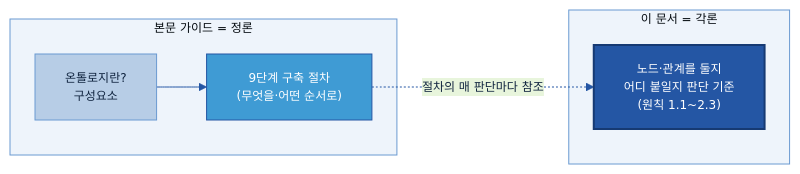
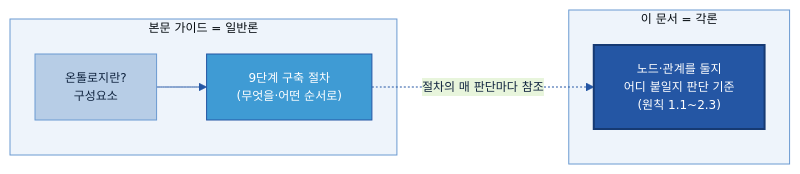
One commit to jin-kearney/ai-ready-data-manual changed the diagram in 가이드 작성/B-3 온톨로지/별첨/B-3 별첨 A — 온톨로지 설계 각론.md. Above: the diagram before and after it, drawn with Mermaid. The commit also changed other lines of this file and 2 other files, not shown here.

````diff
--- a/가이드 작성/B-3 온톨로지/별첨/B-3 별첨 A — 온톨로지 설계 각론.md
+++ b/가이드 작성/B-3 온톨로지/별첨/B-3 별첨 A — 온톨로지 설계 각론.md
@@ -30,16 +30,16 @@
 ```mermaid
 %%{init: {'theme':'base','themeVariables':{'primaryColor':'#DCE8F5','primaryBorderColor':'#2456A4','primaryTextColor':'#10243f','lineColor':'#2456A4','clusterBkg':'#EEF4FB','clusterBorder':'#6B9AD1','fontSize':'12px'}}}%%
 flowchart LR
-    subgraph BON["본문 가이드 = 정론"]
+    subgraph BON["본문 가이드 = 일반론"]
         P1["온톨로지란?\n구성요소"]:::n
         P2["9단계 구축 절차\n(무엇을·어떤 순서로)"]:::gate
         P1 --> P2
     end
     subgraph GAK["이 문서 = 각론"]
         Q1["노드·관계를 둘지\n어디 붙일지 판단 기준\n(원칙 1.1~2.3)"]:::cat
     end
     P2 -.->|"절차의 매 판단마다 참조"| Q1
     classDef n fill:#B7CDE6,stroke:#6B9AD1,color:#10243f;
     classDef gate fill:#3F9BD4,stroke:#2456A4,color:#fff;
     classDef cat fill:#2456A4,color:#fff,stroke:#163a73,stroke-width:2px;
 ```
````
